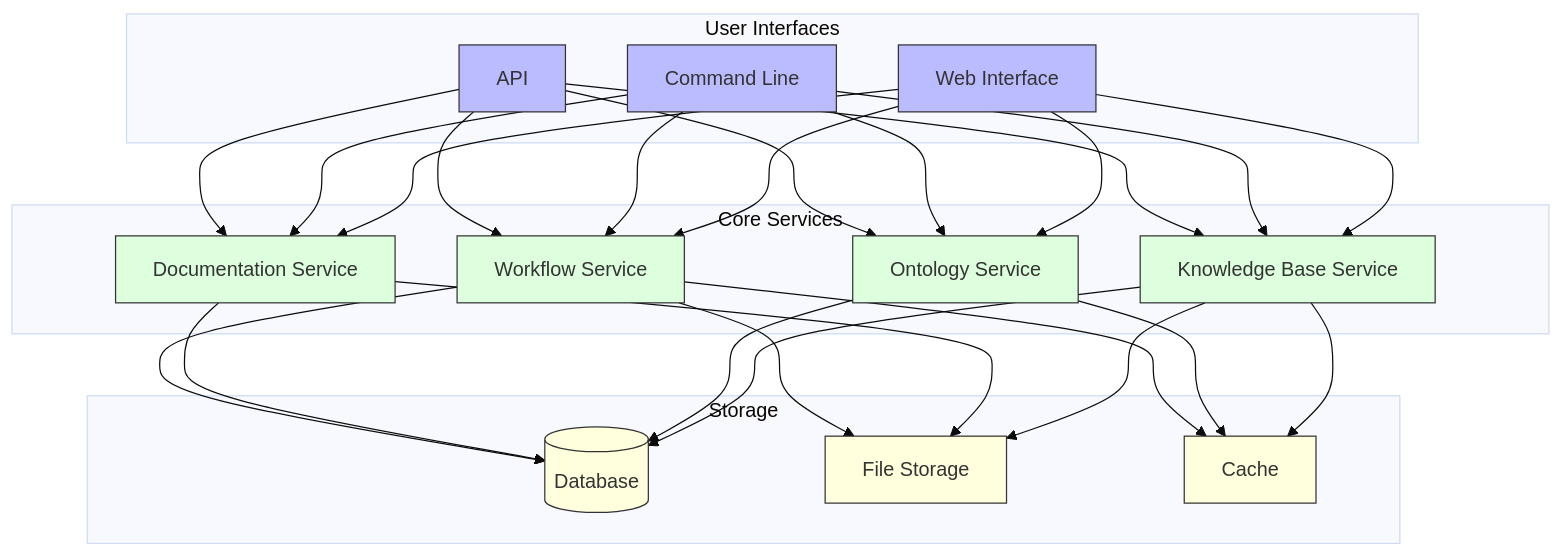
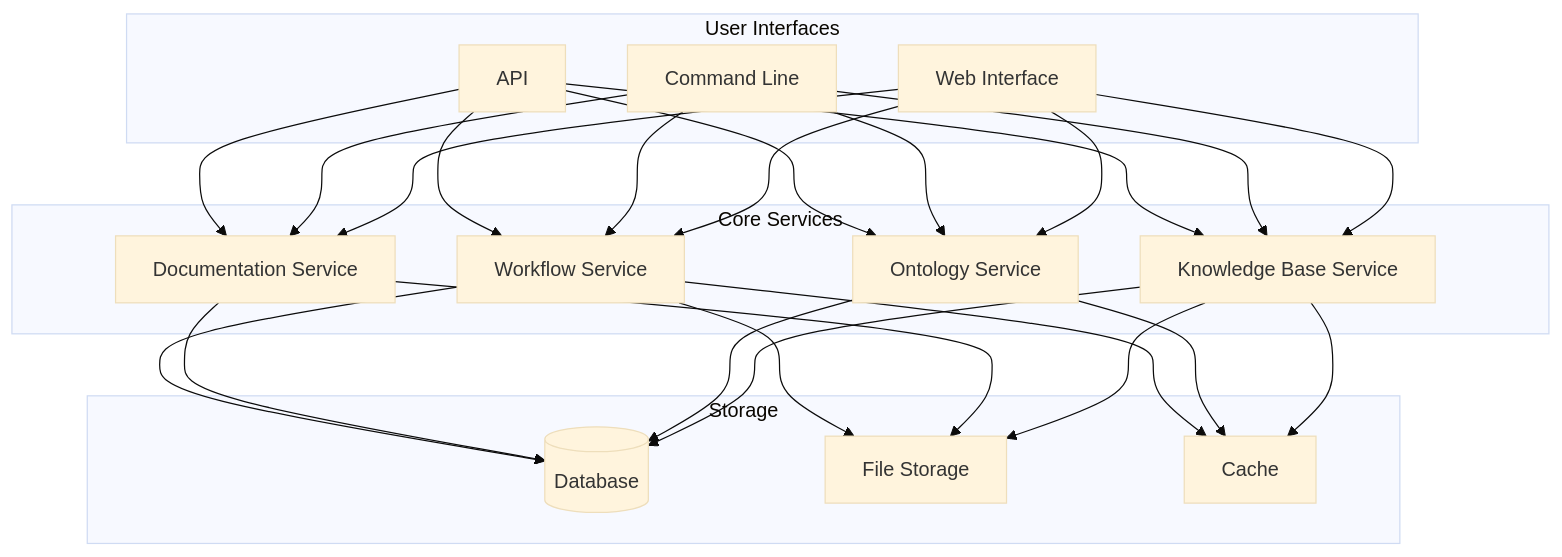
One commit to ActiveInferenceInstitute/GEO-INFER changed the diagram in GEO-INFER-INTRA/docs/index.md. Above: the diagram before and after it, drawn with Mermaid (base theme). The commit also changed 387 other files, not shown here.

````diff
--- a/GEO-INFER-INTRA/docs/index.md
+++ b/GEO-INFER-INTRA/docs/index.md
@@ -176,57 +176,51 @@
 ```mermaid
 graph TD
     subgraph "User Interfaces"
         WEB[Web Interface]
         CLI[Command Line]
         API[API]
     end
 
     subgraph "Core Services"
         KB[Knowledge Base Service]
         ONTO[Ontology Service]
         DOC[Documentation Service]
         WORKFLOW[Workflow Service]
     end
 
     subgraph "Storage"
         DB[(Database)]
         FS[File Storage]
         CACHE[Cache]
     end
 
     WEB --> KB
     WEB --> ONTO
     WEB --> DOC
     WEB --> WORKFLOW
 
     CLI --> KB
     CLI --> ONTO
     CLI --> DOC
     CLI --> WORKFLOW
 
     API --> KB
     API --> ONTO
     API --> DOC
     API --> WORKFLOW
 
     KB --> DB
     ONTO --> DB
     DOC --> DB
     WORKFLOW --> DB
 
     KB --> FS
     DOC --> FS
     WORKFLOW --> FS
 
     KB --> CACHE
     ONTO --> CACHE
     WORKFLOW --> CACHE
 
-    classDef ui fill:#bbf,stroke:#333,stroke-width:1px
-    classDef services fill:#dfd,stroke:#333,stroke-width:1px
-    classDef storage fill:#ffd,stroke:#333,stroke-width:1px
-
-    class WEB,CLI,API ui
-    class KB,ONTO,DOC,WORKFLOW services
-    class DB,FS,CACHE storage
+    %% Note: no explicit styling; keep dark-mode compatible
 ```
````
